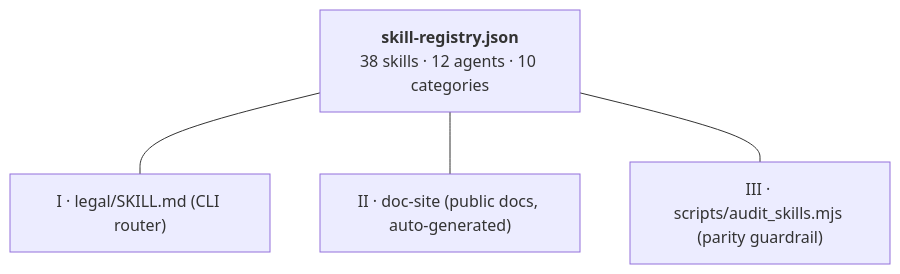
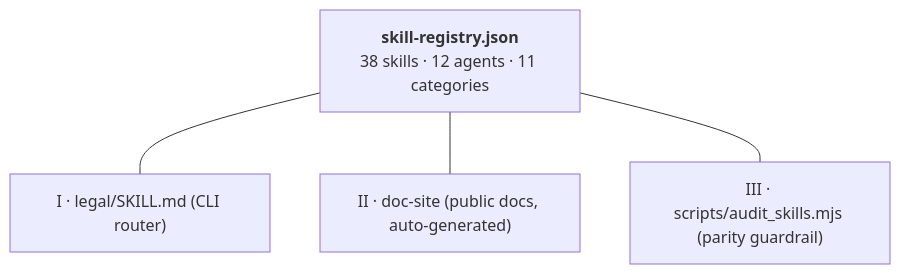
The diagram in doc-site/architecture/skills-system.md (davendra/uk-legal-skills), drawn with Mermaid before and after one commit. The commit also changed 22 other files, not shown here.

````diff
--- a/doc-site/architecture/skills-system.md
+++ b/doc-site/architecture/skills-system.md
@@ -13,10 +13,10 @@
 ```mermaid
 flowchart TB
-  REG["<strong>skill-registry.json</strong><br/>38 skills · 12 agents · 10 categories"]
+  REG["<strong>skill-registry.json</strong><br/>38 skills · 12 agents · 11 categories"]
   N["I · legal/SKILL.md (CLI router)"]
   S["II · doc-site (public docs, auto-generated)"]
   W["III · scripts/audit_skills.mjs (parity guardrail)"]
   REG --- N
   REG --- S
   REG --- W
 ```
````
